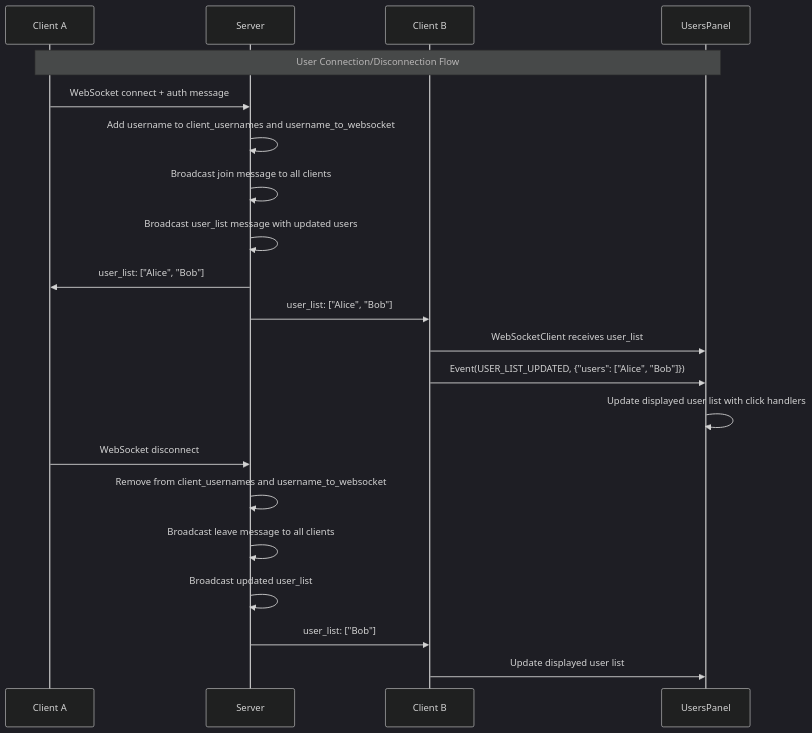
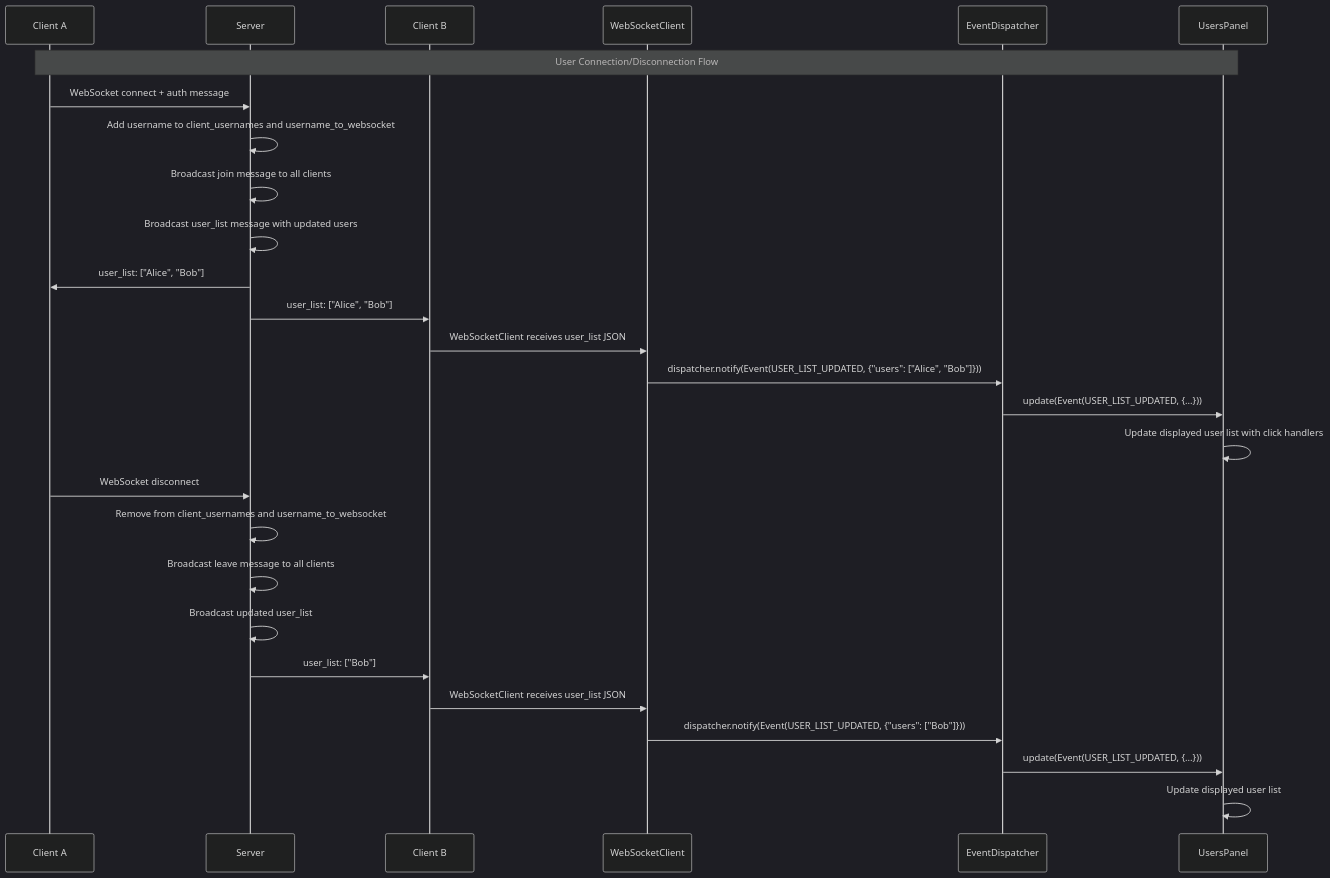
The fourth of 4 diagrams in docs/architecture/flow_[Mermaid].md (4iger3/P2P-Mesenger), drawn with Mermaid (dark theme) before and after one commit. The commit also changed other lines of this file and 3 other files, not shown here.

Commit message:
Mermaid 2'd update

````diff
--- a/docs/architecture/flow_[Mermaid].md
+++ b/docs/architecture/flow_[Mermaid].md
@@ -108,26 +121,32 @@
 ```mermaid
 sequenceDiagram
     participant ClientA as Client A
     participant Server as Server
     participant ClientB as Client B
+    participant NetB as WebSocketClient
+    participant DispB as EventDispatcher
     participant Users as UsersPanel
 
     Note over ClientA,Users: User Connection/Disconnection Flow
     ClientA->>Server: WebSocket connect + auth message
     Server->>Server: Add username to client_usernames and username_to_websocket
     Server->>Server: Broadcast join message to all clients
     Server->>Server: Broadcast user_list message with updated users
     Server->>ClientA: user_list: ["Alice", "Bob"]
     Server->>ClientB: user_list: ["Alice", "Bob"]
     
-    ClientB->>Users: WebSocketClient receives user_list
-    ClientB->>Users: Event(USER_LIST_UPDATED, {"users": ["Alice", "Bob"]})
+    ClientB->>NetB: WebSocketClient receives user_list JSON
+    NetB->>DispB: dispatcher.notify(Event(USER_LIST_UPDATED, {"users": ["Alice", "Bob"]}))
+    DispB->>Users: update(Event(USER_LIST_UPDATED, {...}))
     Users->>Users: Update displayed user list with click handlers
     
     ClientA->>Server: WebSocket disconnect
     Server->>Server: Remove from client_usernames and username_to_websocket
     Server->>Server: Broadcast leave message to all clients
     Server->>Server: Broadcast updated user_list
     Server->>ClientB: user_list: ["Bob"]
-    ClientB->>Users: Update displayed user list
+    ClientB->>NetB: WebSocketClient receives user_list JSON
+    NetB->>DispB: dispatcher.notify(Event(USER_LIST_UPDATED, {"users": ["Bob"]}))
+    DispB->>Users: update(Event(USER_LIST_UPDATED, {...}))
+    Users->>Users: Update displayed user list
 ```
````
